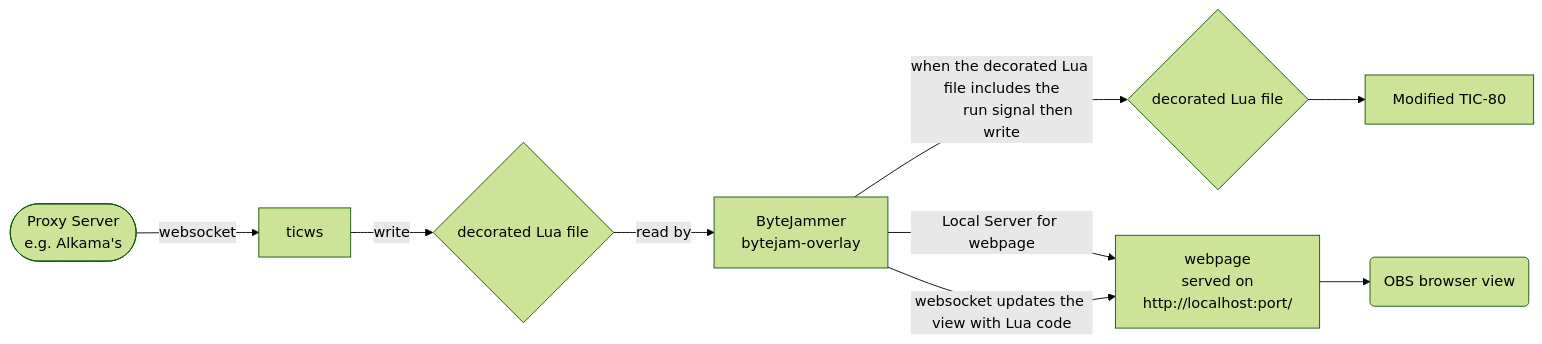
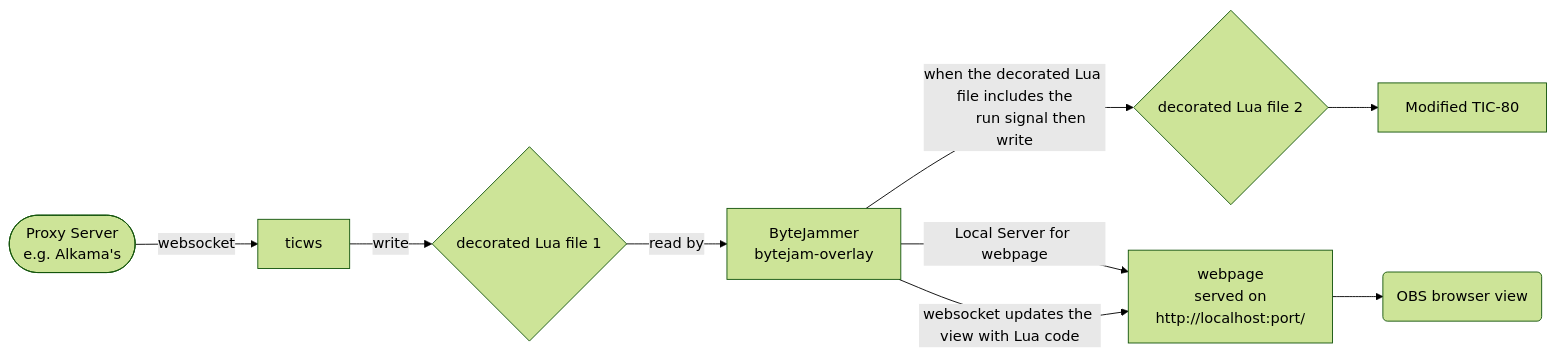
Before and after one commit to creativenucleus/bytejammer2: the diagram in readme.md, drawn with Mermaid (forest theme). The commit also changed other lines of this file, not shown here.

Commit message:
Update README for ByteJammer v2

````diff
--- a/readme.md
+++ b/readme.md
@@ -70,18 +70,18 @@
 ```mermaid
 flowchart LR
     A([Proxy Server
         e.g. Alkama's
     ])
     A --> |websocket| B[ticws]
-    B --> |write|C{decorated Lua file}
+    B --> |write|C{decorated Lua file 1}
     C --> |read by|D[ByteJammer
         bytejam-overlay]
     D --> |when the decorated Lua file includes the
-        run signal then write|E{decorated Lua file}
+        run signal then write|E{decorated Lua file 2}
     E --> H[Modified TIC-80]
     D --> |Local Server for webpage|F[webpage
         served on
         http://localhost:port/]
     D --> |websocket updates the view with Lua code|F
     F --> G(OBS browser view)
 ```
````
